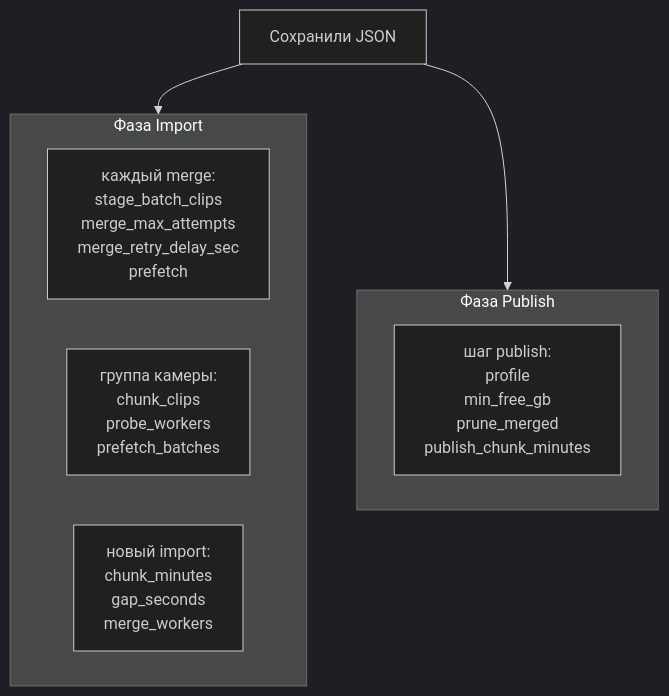
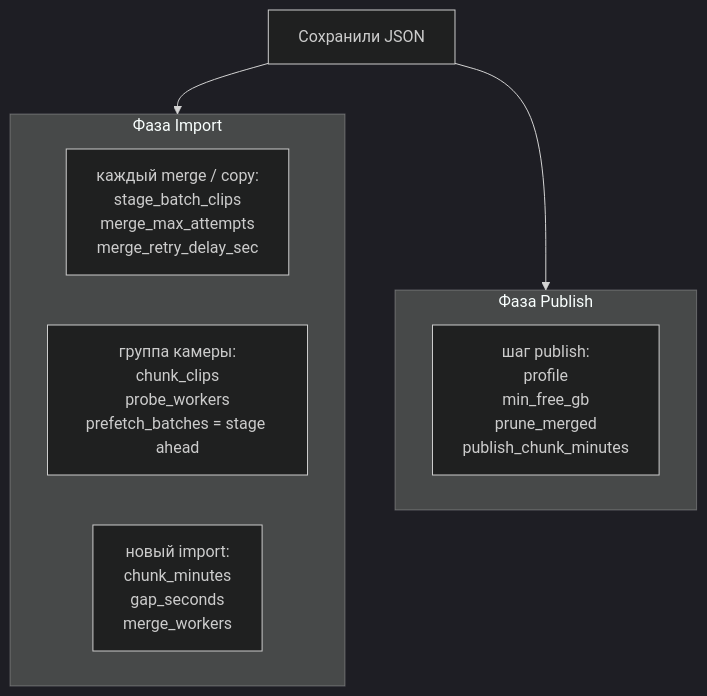
Before and after one commit to cuthbertnogood/70mai-project: the first of 2 diagrams in детальное_описание.md, drawn with Mermaid (dark theme). The commit also changed other lines of this file and 2 other files, not shown here.

````diff
--- a/детальное_описание.md
+++ b/детальное_описание.md
@@ -363,13 +363,13 @@
 ```mermaid
 flowchart TB
   subgraph import_phase [Фаза Import]
-    J1["каждый merge:<br/>stage_batch_clips<br/>merge_max_attempts<br/>merge_retry_delay_sec<br/>prefetch"]
-    J2["группа камеры:<br/>chunk_clips<br/>probe_workers<br/>prefetch_batches"]
+    J1["каждый merge / copy:<br/>stage_batch_clips<br/>merge_max_attempts<br/>merge_retry_delay_sec"]
+    J2["группа камеры:<br/>chunk_clips<br/>probe_workers<br/>prefetch_batches = stage ahead"]
     J3["новый import:<br/>chunk_minutes<br/>gap_seconds<br/>merge_workers"]
   end
   subgraph publish_phase [Фаза Publish]
     J4["шаг publish:<br/>profile<br/>min_free_gb<br/>prune_merged<br/>publish_chunk_minutes"]
   end
   EDIT["Сохранили JSON"] --> import_phase
   EDIT --> publish_phase
 ```
````
